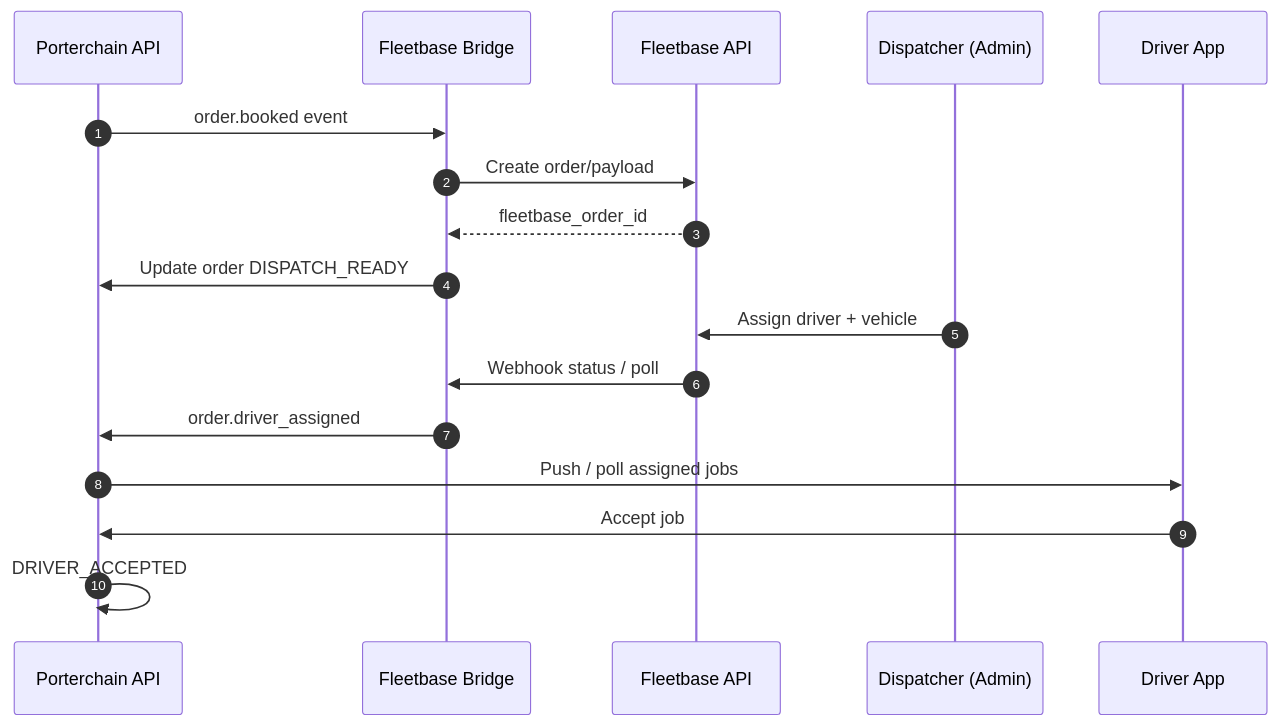
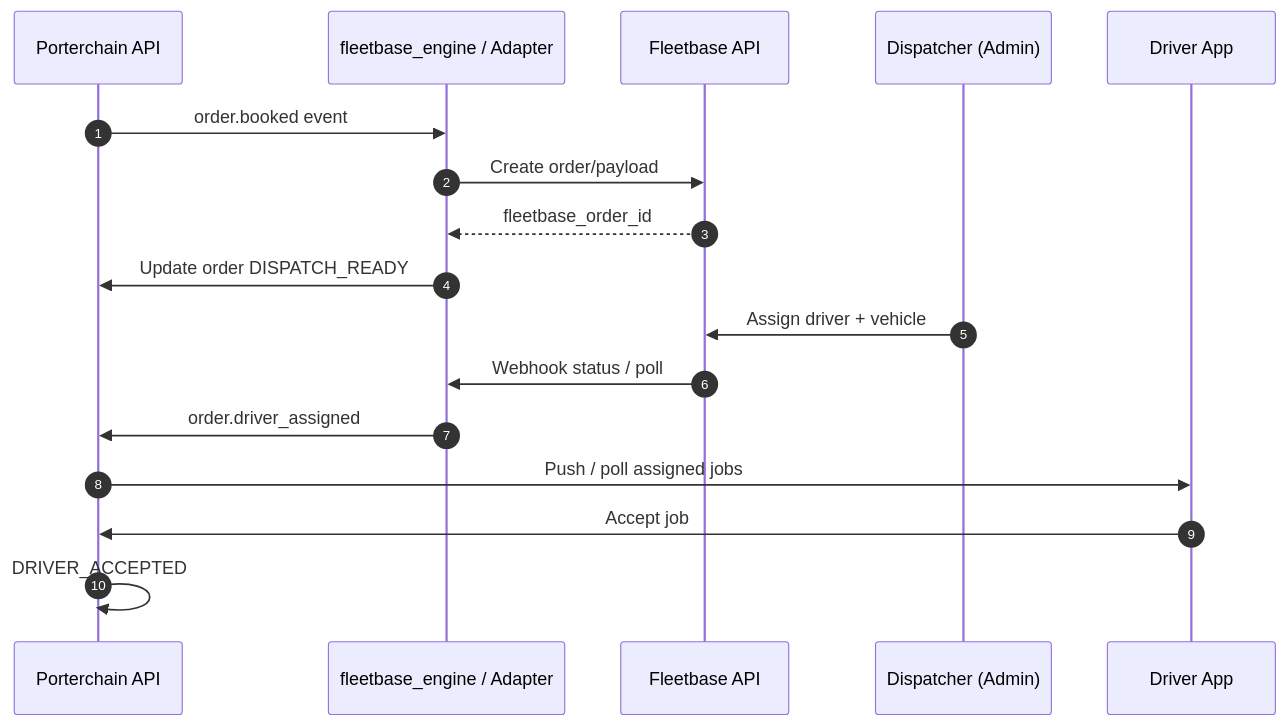
The fourth of 11 diagrams in SYSTEM_SEQUENCE_DIAGRAMS.md (PORTERCHAIN-INC/PCD), drawn with Mermaid before and after one commit. The commit also changed other lines of this file and 453 other files, not shown here.

````diff
--- a/SYSTEM_SEQUENCE_DIAGRAMS.md
+++ b/SYSTEM_SEQUENCE_DIAGRAMS.md
@@ -92,20 +95,20 @@
 ```mermaid
 sequenceDiagram
     autonumber
     participant API as Porterchain API
-    participant Bridge as Fleetbase Bridge
+    participant Bridge as fleetbase_engine / Adapter
     participant FB as Fleetbase API
     participant Disp as Dispatcher (Admin)
     participant Driver as Driver App
 
     API->>Bridge: order.booked event
     Bridge->>FB: Create order/payload
     FB-->>Bridge: fleetbase_order_id
     Bridge->>API: Update order DISPATCH_READY
     Disp->>FB: Assign driver + vehicle
     FB->>Bridge: Webhook status / poll
     Bridge->>API: order.driver_assigned
     API->>Driver: Push / poll assigned jobs
     Driver->>API: Accept job
     API->>API: DRIVER_ACCEPTED
 ```
````
